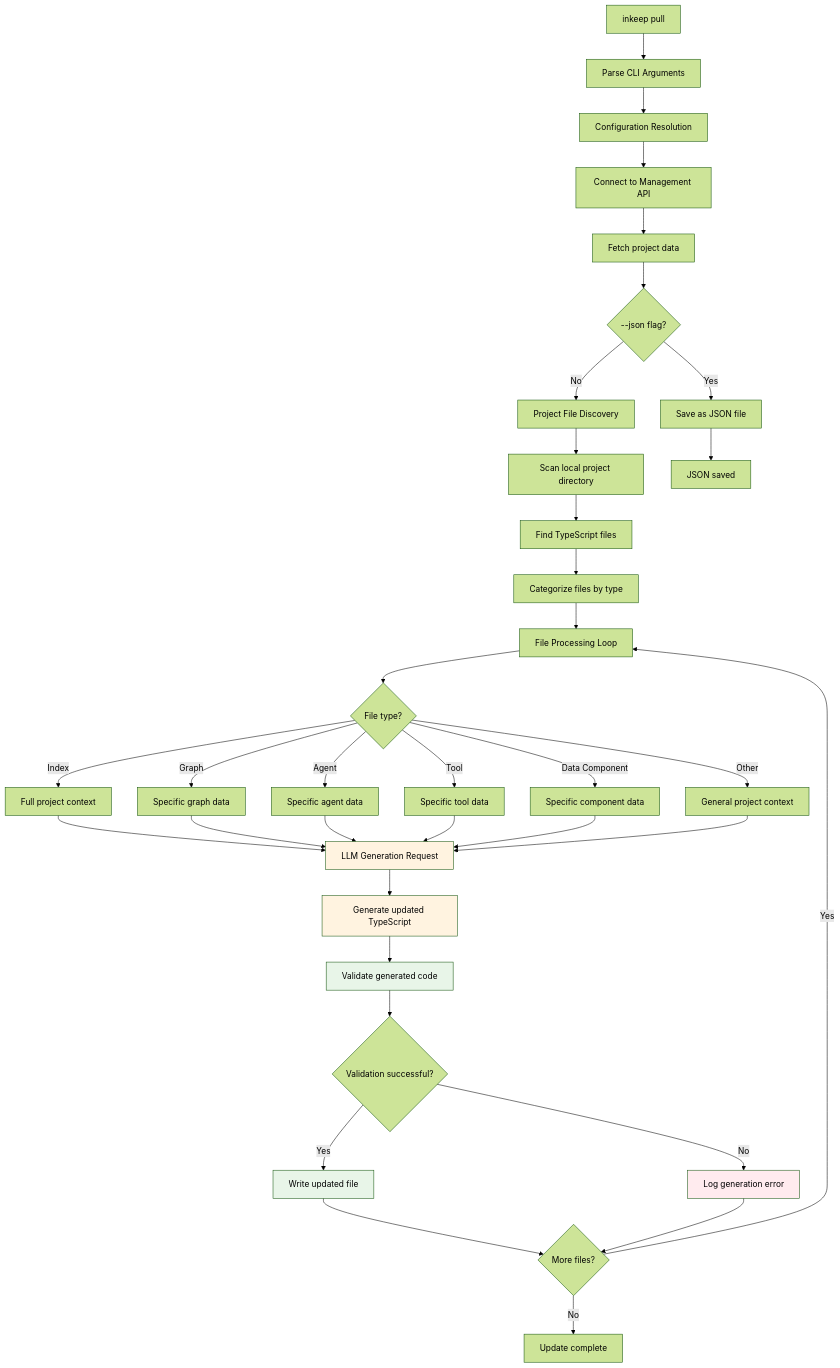
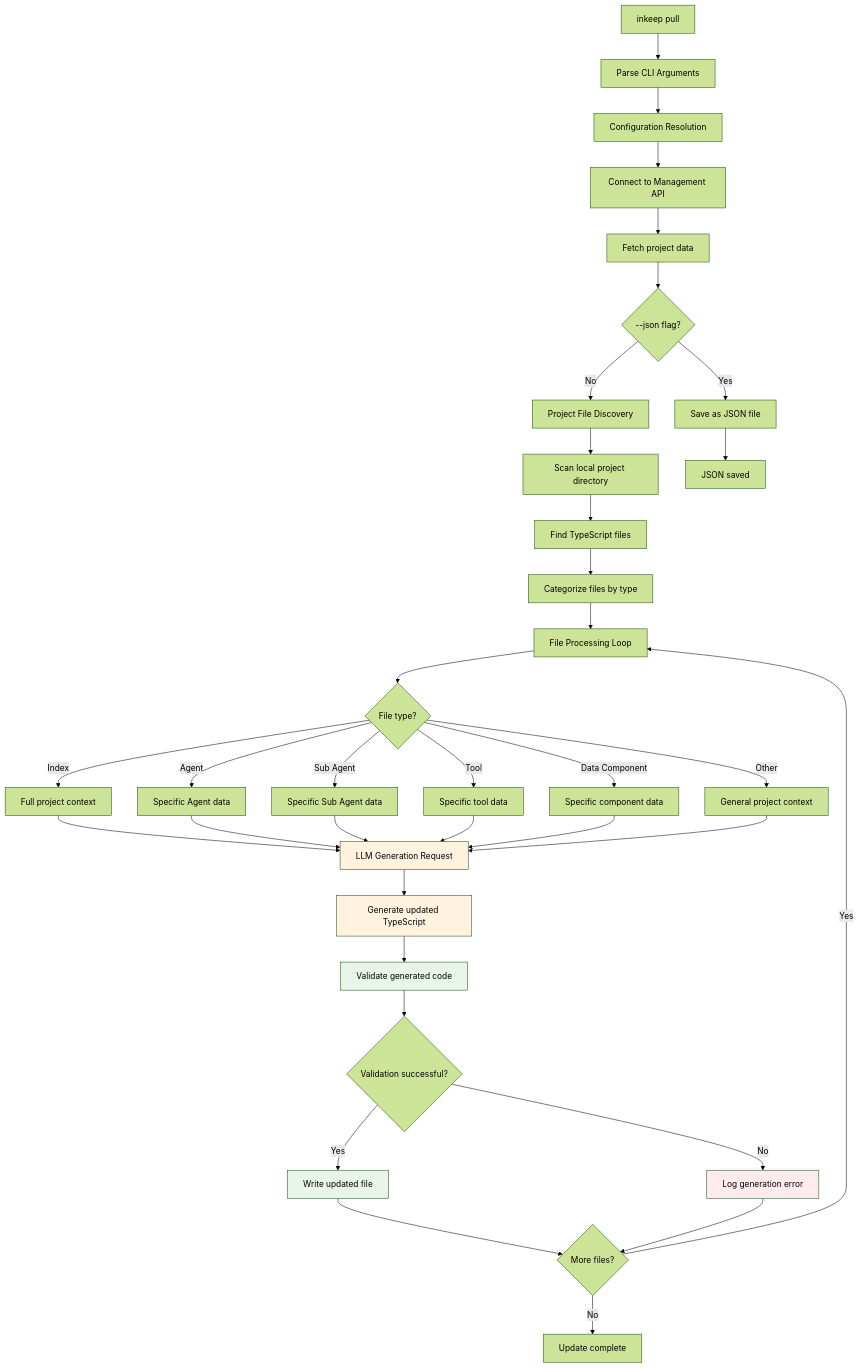
The third of 8 diagrams in agents-docs/content/docs/typescript-sdk/push-pull-workflows.mdx (inkeep/agents), drawn with Mermaid (forest theme) before and after one commit. The commit also changed other lines of this file and 36 other files, not shown here.

First line of the commit message:
docs: Complete 'Graph' → 'Agent' terminology migration with capitalization (#577)

````diff
--- a/agents-docs/content/docs/typescript-sdk/push-pull-workflows.mdx
+++ b/agents-docs/content/docs/typescript-sdk/push-pull-workflows.mdx
@@ -118,52 +118,52 @@
 ```mermaid
 graph TD
     A[inkeep pull] --> B[Parse CLI Arguments]
     B --> C[Configuration Resolution]
     C --> D[Connect to Management API]
     D --> E[Fetch project data]
 
     E --> F{--json flag?}
     F -->|Yes| G[Save as JSON file]
     F -->|No| H[Project File Discovery]
 
     H --> I[Scan local project directory]
     I --> J[Find TypeScript files]
     J --> K[Categorize files by type]
 
     K --> L[File Processing Loop]
     L --> M{File type?}
 
     M -->|Index| N[Full project context]
-    M -->|Graph| O[Specific graph data]
-    M -->|Agent| P[Specific agent data]
+    M -->|Agent| O[Specific Agent data]
+    M -->|Sub Agent| P[Specific Sub Agent data]
     M -->|Tool| Q[Specific tool data]
     M -->|Data Component| R[Specific component data]
     M -->|Other| S[General project context]
 
     N --> T[LLM Generation Request]
     O --> T
     P --> T
     Q --> T
     R --> T
     S --> T
 
     T --> U[Generate updated TypeScript]
     U --> V[Validate generated code]
     V --> W{Validation successful?}
 
     W -->|Yes| X[Write updated file]
     W -->|No| Y[Log generation error]
 
     X --> Z{More files?}
     Y --> Z
     Z -->|Yes| L
     Z -->|No| AA[Update complete]
 
     G --> BB[JSON saved]
 
     style T fill:#fff3e0
     style U fill:#fff3e0
     style V fill:#e8f5e8
     style X fill:#e8f5e8
     style Y fill:#ffebee
 ```
````
